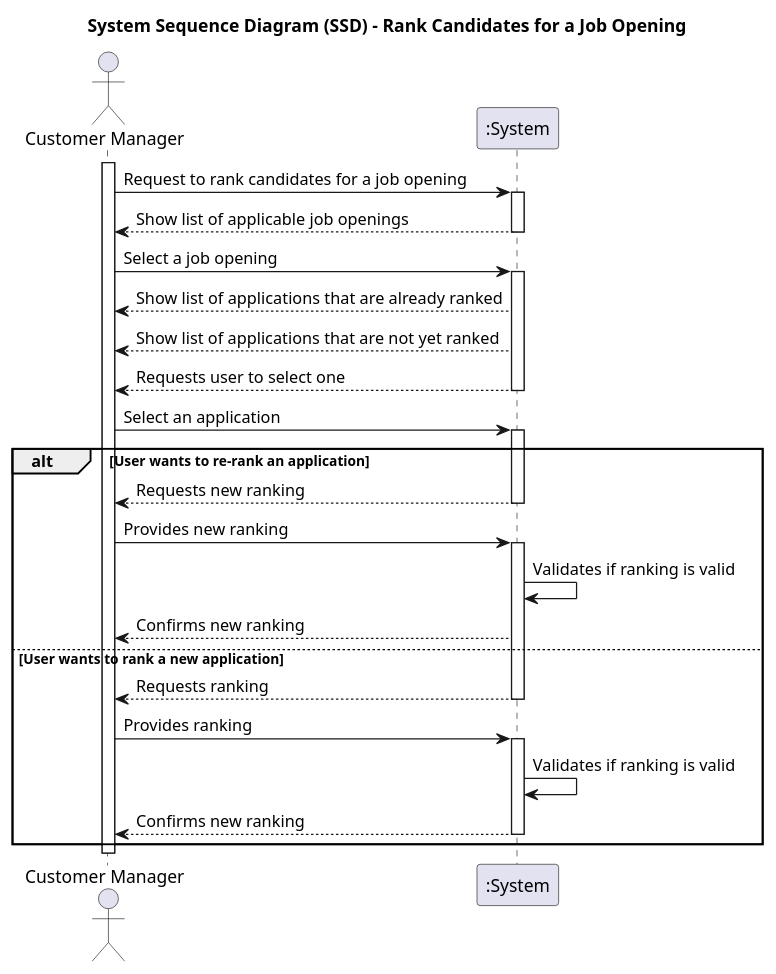
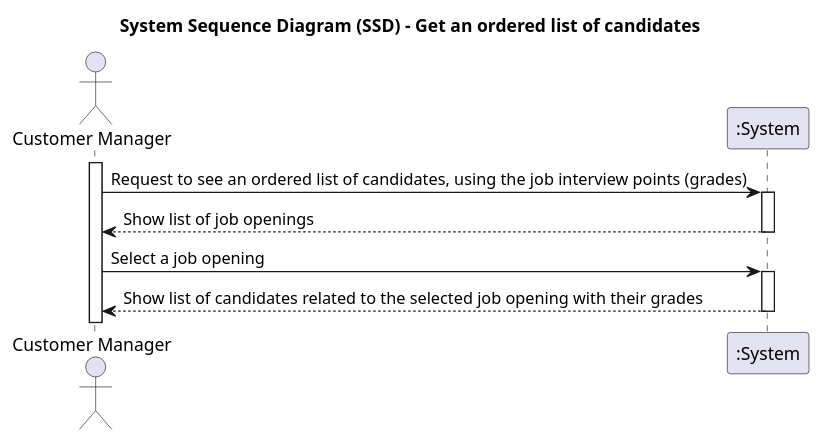
Before and after one commit to marcoferreira37/Lapr4: the diagram in docs/sprintC/1019/1019-system-sequence-diagram.puml, drawn with PlantUML. The commit also changed 5 other files, not shown here.

Commit message:
#44 Sequence-diagram and system-sequence-diagram updated

```diff
--- a/docs/sprintC/1019/1019-system-sequence-diagram.puml
+++ b/docs/sprintC/1019/1019-system-sequence-diagram.puml
@@ -1,50 +1,28 @@
 @startuml
 'skinparam monochrome true
 'skinparam packageStyle rectangle
 'skinparam shadowing false
 
-title System Sequence Diagram (SSD) - Rank Candidates for a Job Opening
+title System Sequence Diagram (SSD) - Get an ordered list of candidates
 
 actor "Customer Manager" as Agent
 participant ":System" as System
 
 activate Agent
 
-Agent -> System : Request to rank candidates for a job opening
+Agent -> System : Request to see an ordered list of candidates, using the job interview points (grades)
+
 activate System
-System --> Agent: Show list of applicable job openings
+
+System --> Agent: Show list of job openings
 deactivate
 
 Agent -> System : Select a job opening
+
 activate System
-System --> Agent : Show list of applications that are already ranked
-System --> Agent : Show list of applications that are not yet ranked
-System --> Agent : Requests user to select one
+
+System --> Agent : Show list of candidates related to the selected job opening with their grades
 deactivate
 
-Agent -> System : Select an application
-activate System
-
-alt User wants to re-rank an application
-System --> Agent : Requests new ranking
-deactivate
-Agent -> System : Provides new ranking
-activate System
-System -> System : Validates if ranking is valid
-System --> Agent  : Confirms new ranking
-
-
-else User wants to rank a new application
-
-System --> Agent : Requests ranking
-deactivate
-Agent -> System : Provides ranking
-activate System
-System -> System : Validates if ranking is valid
-System --> Agent  : Confirms new ranking
-deactivate
-end alt
-
-deactivate Agent
 
 @enduml
```
